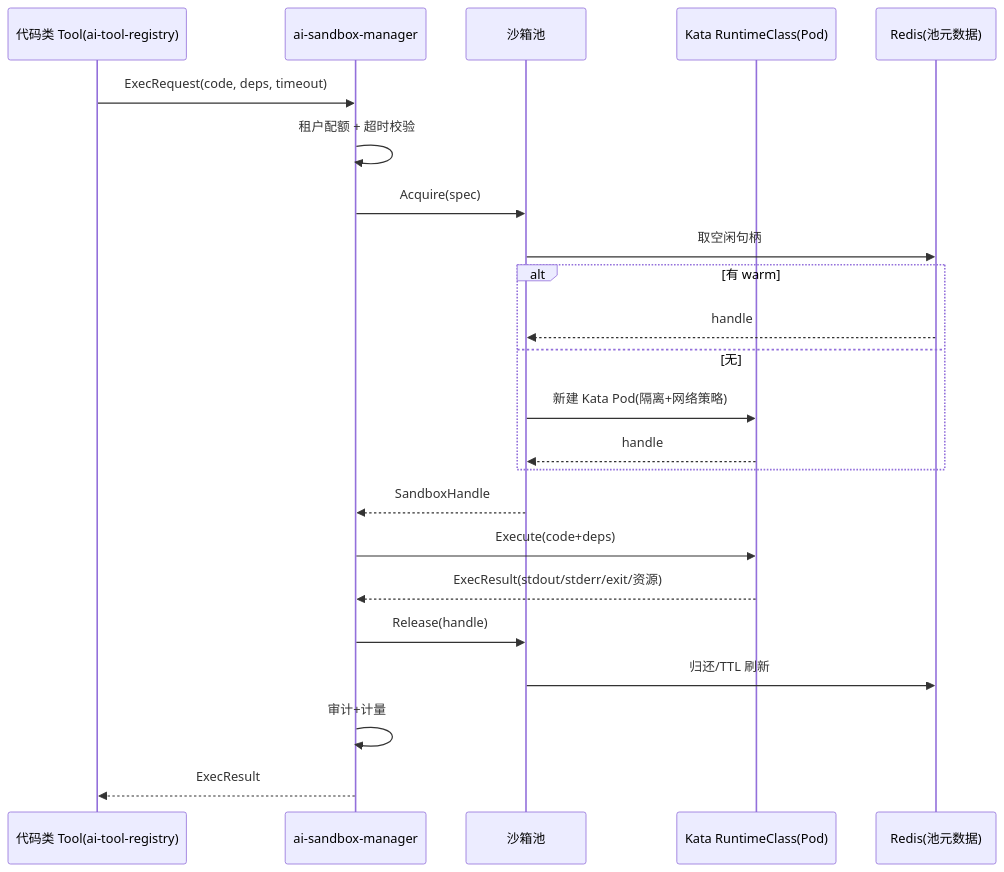
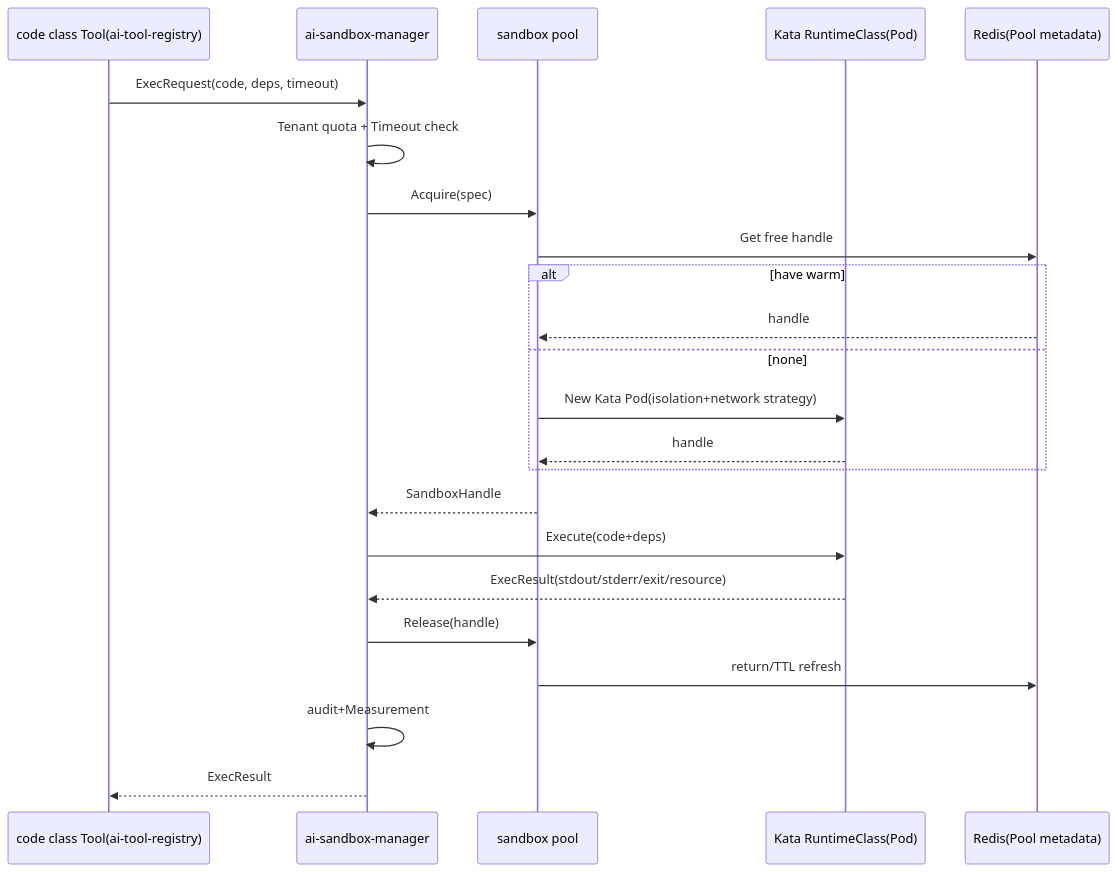
One commit to open-strata-ai/ai-sandbox-manager changed the second of 2 diagrams in design/DESIGN.md. Above: the diagram before and after it, drawn with Mermaid. The commit also changed other lines of this file and 10 other files, not shown here.

````diff
--- a/design/DESIGN.md
+++ b/design/DESIGN.md
@@ -222,26 +222,26 @@
 ```mermaid
 sequenceDiagram
-    participant T as 代码类 Tool(ai-tool-registry)
+    participant T as code class Tool(ai-tool-registry)
     participant SM as ai-sandbox-manager
-    participant POOL as 沙箱池
+    participant POOL as sandbox pool
     participant K as Kata RuntimeClass(Pod)
-    participant R as Redis(池元数据)
+    participant R as Redis(Pool metadata)
 
     T->>SM: ExecRequest(code, deps, timeout)
-    SM->>SM: 租户配额 + 超时校验
+    SM->>SM: Tenant quota + Timeout check
     SM->>POOL: Acquire(spec)
-    POOL->>R: 取空闲句柄
-    alt 有 warm
+    POOL->>R: Get free handle
+    alt have warm
         R-->>POOL: handle
-    else 无
-        POOL->>K: 新建 Kata Pod(隔离+网络策略)
+    else none
+        POOL->>K: New Kata Pod(isolation+network strategy)
         K-->>POOL: handle
     end
     POOL-->>SM: SandboxHandle
     SM->>K: Execute(code+deps)
-    K-->>SM: ExecResult(stdout/stderr/exit/资源)
+    K-->>SM: ExecResult(stdout/stderr/exit/resource)
     SM->>POOL: Release(handle)
-    POOL->>R: 归还/TTL 刷新
-    SM->>SM: 审计+计量
+    POOL->>R: return/TTL refresh
+    SM->>SM: audit+Measurement
     SM-->>T: ExecResult
 ```
````
